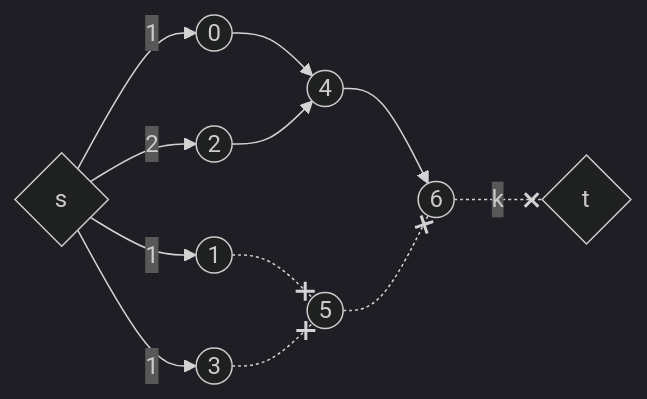
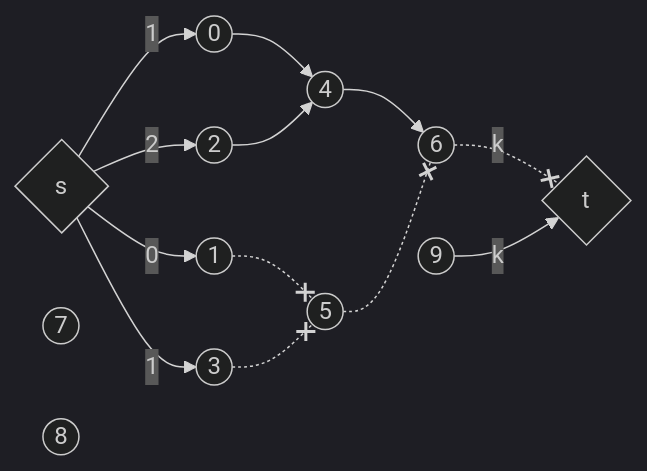
Before and after one commit to bfeitknecht/vault: the fifth of 5 diagrams in sem2/AuW/PV/cx/tour-de-suisse.md, drawn with Mermaid (dark theme).

Commit message:
backup: 2024-07-02 00:46:42 from MacBook Pro (echo)
Affected files:
sem2/AuW/PV/cx/tour-de-suisse.md

````diff
--- a/sem2/AuW/PV/cx/tour-de-suisse.md
+++ b/sem2/AuW/PV/cx/tour-de-suisse.md
@@ -246,34 +246,39 @@
 ```mermaid
 flowchart LR
 
 idS{s}
 idT{t}
 
 ids0p1((0))
 ids0p2((1))
 
 ids1p1((2))
 ids1p2((3))
 
 idb0p1((4))
 idb0p2((5))
+idb0((6))
 
-idb0((6))
+idb1p1((7))
+idb1p2((8))
+idb1((9))
 
 %%%%%%%%%%%%%%%%%%%%%%%%%%%%%%%%%%%%%%
 
 idS -->|"1"| ids0p1
-idS -->|"1"| ids0p2
+idS -->|"0"| ids0p2
 
 idS -->|"2"| ids1p1
 idS -->|"1"| ids1p2
 
-ids0p1 --> idb0p1 --> idb0
-ids0p2 -.-x idb0p2
+ids0p1 & ids1p1 --> idb0p1 --> idb0
+ids0p2 & ids1p2 -.-x idb0p2 -.-x idb0
 
-ids1p1 --> idb0p1
-ids1p2 -.-x idb0p2 -.-x idb0
 
 idb0 -.-x|"k"| idT
 
+
+
+idb1 -->|"k"| idT
+
 ```
````
